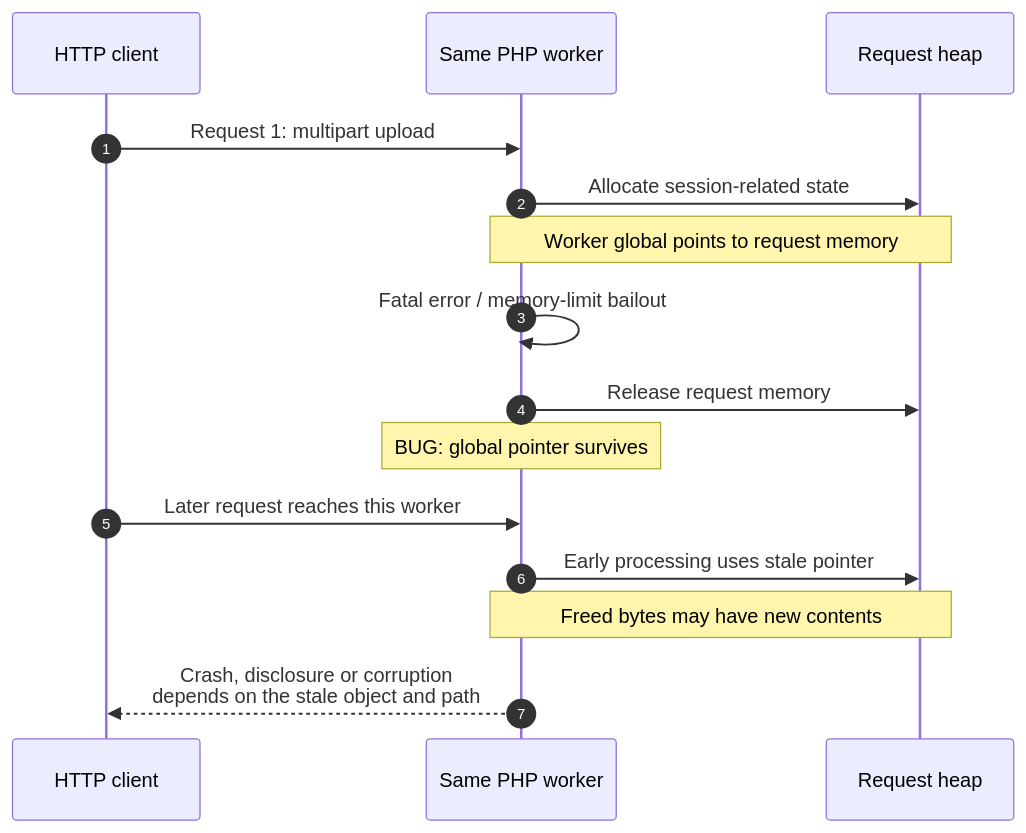
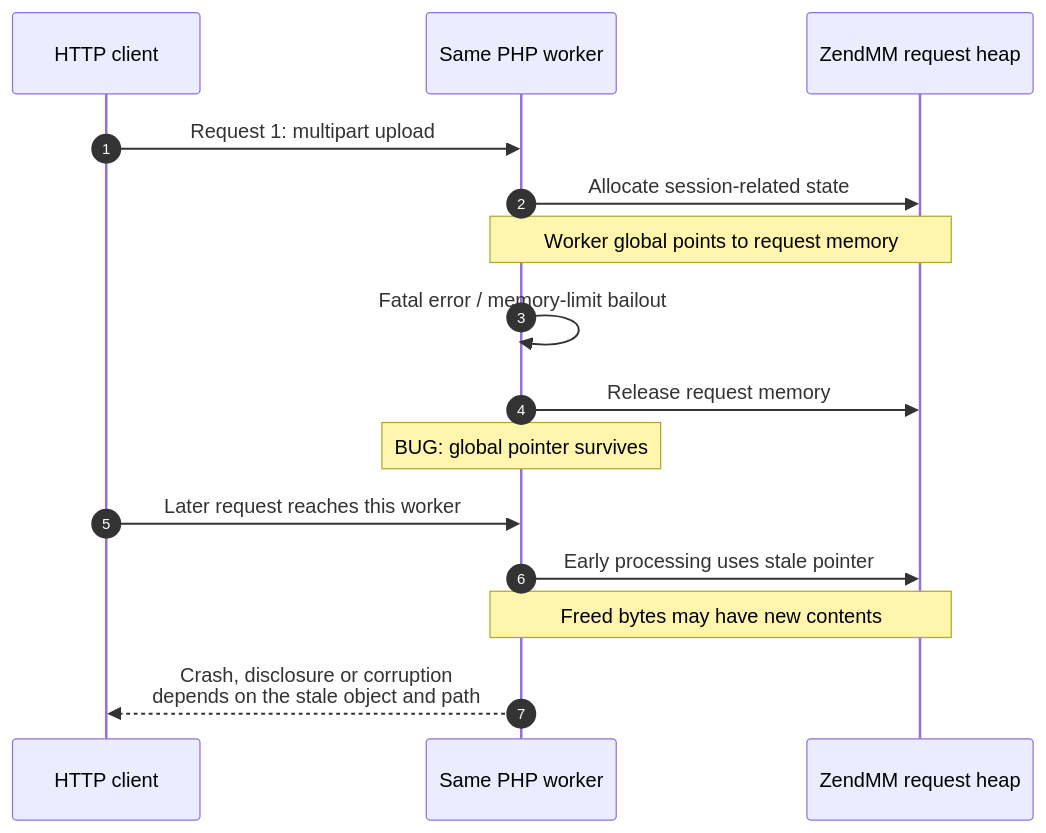
Before and after one commit to rsrini7/Learnings: the first of 2 diagrams in News/Security/PHP2Shell-History-UAF-And-ASLR-Oct-2026.md, drawn with Mermaid. The commit also changed other lines of this file, not shown here.

````diff
--- a/News/Security/PHP2Shell-History-UAF-And-ASLR-Oct-2026.md
+++ b/News/Security/PHP2Shell-History-UAF-And-ASLR-Oct-2026.md
@@ -49,17 +51,17 @@
 ```mermaid
 sequenceDiagram
     autonumber
     participant C as HTTP client
     participant W as Same PHP worker
-    participant H as Request heap
+    participant H as ZendMM request heap
     C->>W: Request 1: multipart upload
     W->>H: Allocate session-related state
     Note over W,H: Worker global points to request memory
     W->>W: Fatal error / memory-limit bailout
     W->>H: Release request memory
     Note over W: BUG: global pointer survives
     C->>W: Later request reaches this worker
     W->>H: Early processing uses stale pointer
     Note over W,H: Freed bytes may have new contents
     W-->>C: Crash, disclosure or corruption<br/>depends on the stale object and path
 ```
````
